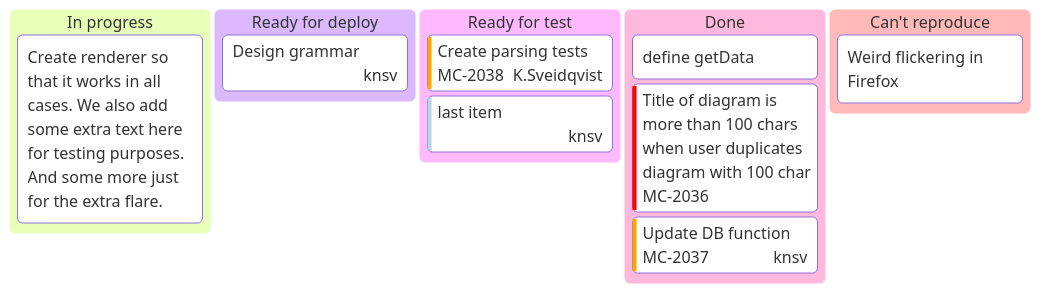
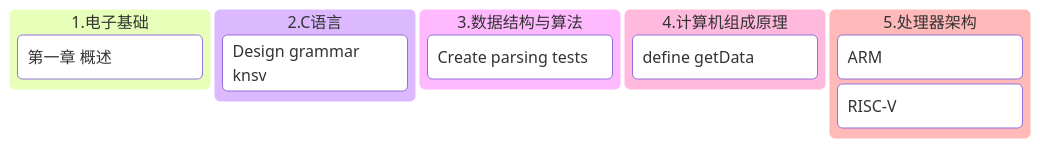
One commit to ilikui/NotesBook changed the diagram in content/Area/EE/index.md. Above: the diagram before and after it, drawn with Mermaid. The commit also changed other lines of this file and 122 other files, not shown here.

````diff
--- a/content/Area/EE/index.md
+++ b/content/Area/EE/index.md
@@ -8,18 +8,14 @@
 ```mermaid
 kanban
-  [In progress]
-    id6[Create renderer so that it works in all cases. We also add some extra text here for testing purposes. And some more just for the extra flare.]
-  id9[Ready for deploy]
-    id8[Design grammar]@{ assigned: 'knsv' }
-  id10[Ready for test]
-    id4[Create parsing tests]@{ ticket: MC-2038, assigned: 'K.Sveidqvist', priority: 'High' }
-    id66[last item]@{ priority: 'Very Low', assigned: 'knsv' }
-  id11[Done]
-    id5[define getData]
-    id2[Title of diagram is more than 100 chars when user duplicates diagram with 100 char]@{ ticket: MC-2036, priority: 'Very High'}
-    id3[Update DB function]@{ ticket: MC-2037, assigned: knsv, priority: 'High' }
-
-  id12[Can't reproduce]
-    id3[Weird flickering in Firefox]
-
+  [1.电子基础]
+    [第一章 概述]
+  [2.C语言]
+    [Design grammar]@{ ticket: 'knsv' }
+  [3.数据结构与算法]
+    [Create parsing tests]
+  [4.计算机组成原理]
+    [define getData] 
+  [5.处理器架构]
+    [ARM]
+    [RISC-V]
 ```
````
